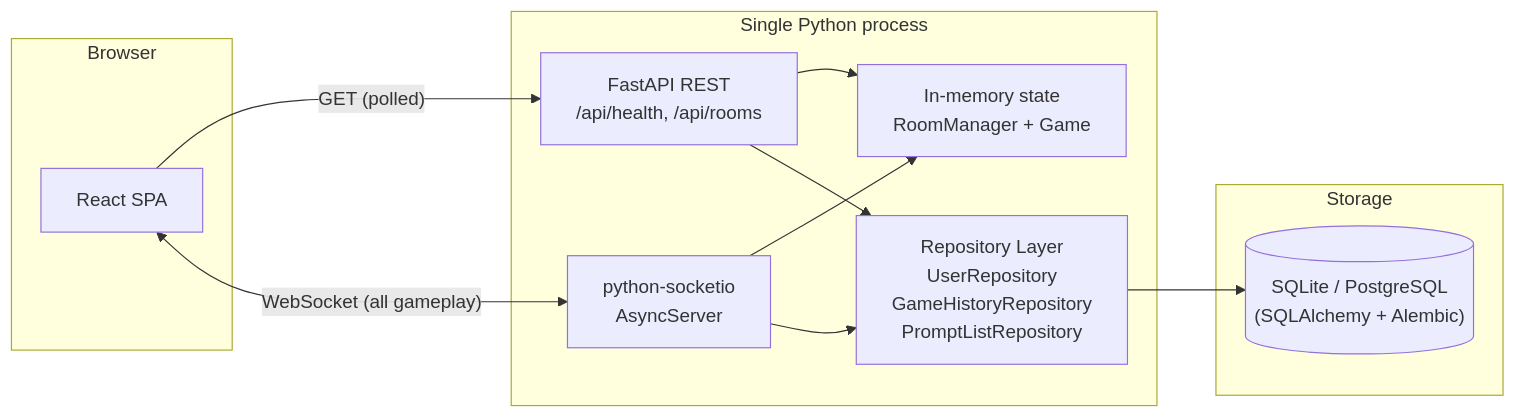
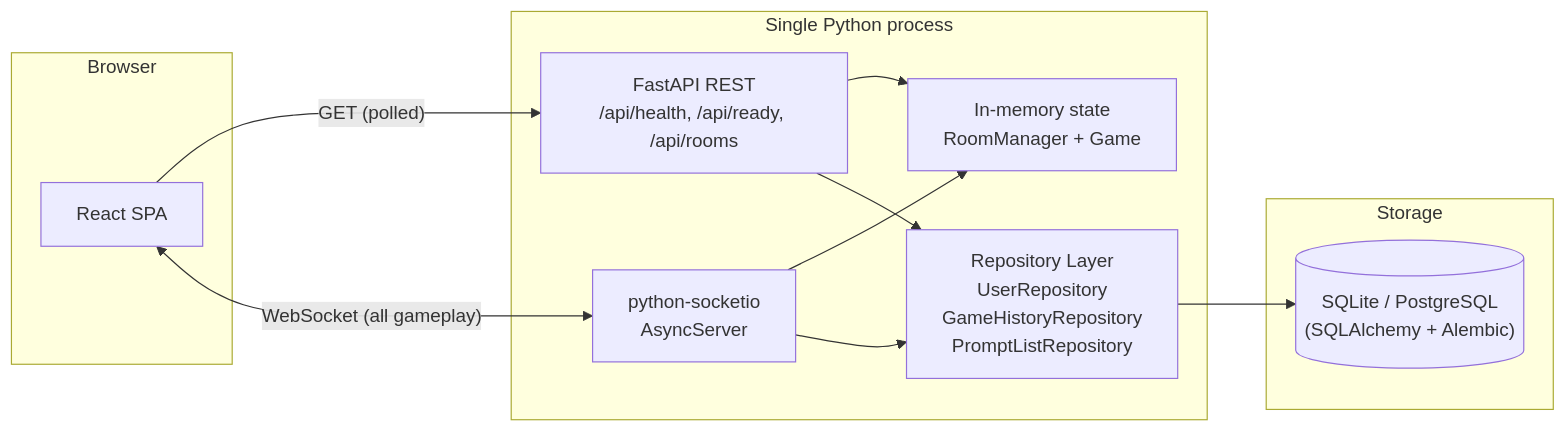
The diagram in README.md (sephirothx/sketchy), drawn with Mermaid before and after one commit. The commit also changed other lines of this file and 29 other files, not shown here.

````diff
--- a/README.md
+++ b/README.md
@@ -47,22 +47,22 @@
 ```mermaid
 flowchart LR
     subgraph Browser
         UI[React SPA]
     end
     subgraph Server[Single Python process]
-        REST["FastAPI REST\n/api/health, /api/rooms"]
+        REST["FastAPI REST\n/api/health, /api/ready, /api/rooms"]
         IO["python-socketio\nAsyncServer"]
         State["In-memory state\nRoomManager + Game"]
         Repo["Repository Layer\nUserRepository\nGameHistoryRepository\nPromptListRepository"]
     end
     subgraph Database[Storage]
         DB[("SQLite / PostgreSQL\n(SQLAlchemy + Alembic)")]
     end
     UI -- "GET (polled)" --> REST
     UI <-- "WebSocket (all gameplay)" --> IO
     REST --> State
     IO --> State
     IO --> Repo
     REST --> Repo
     Repo --> DB
 ```
````
